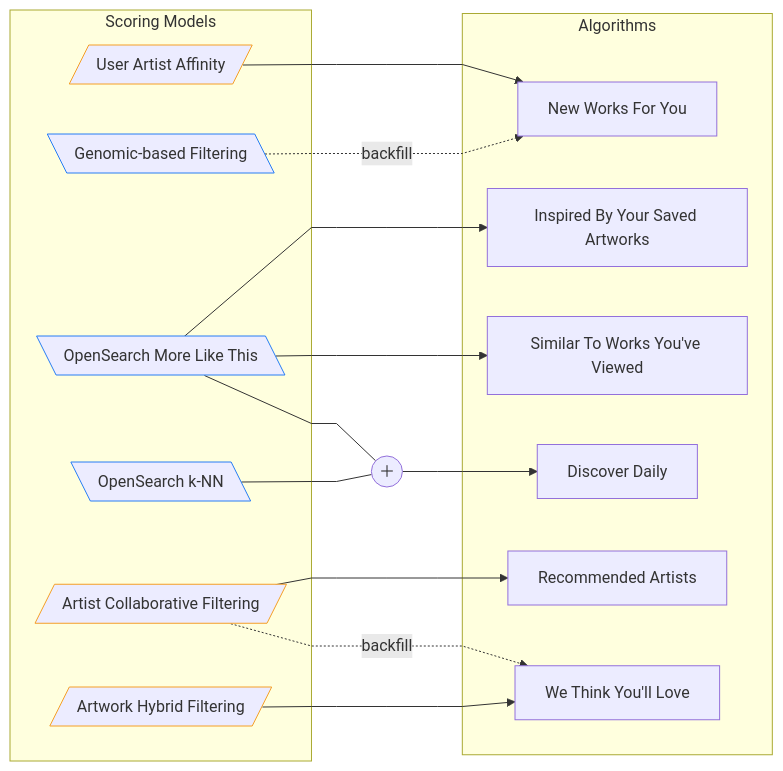
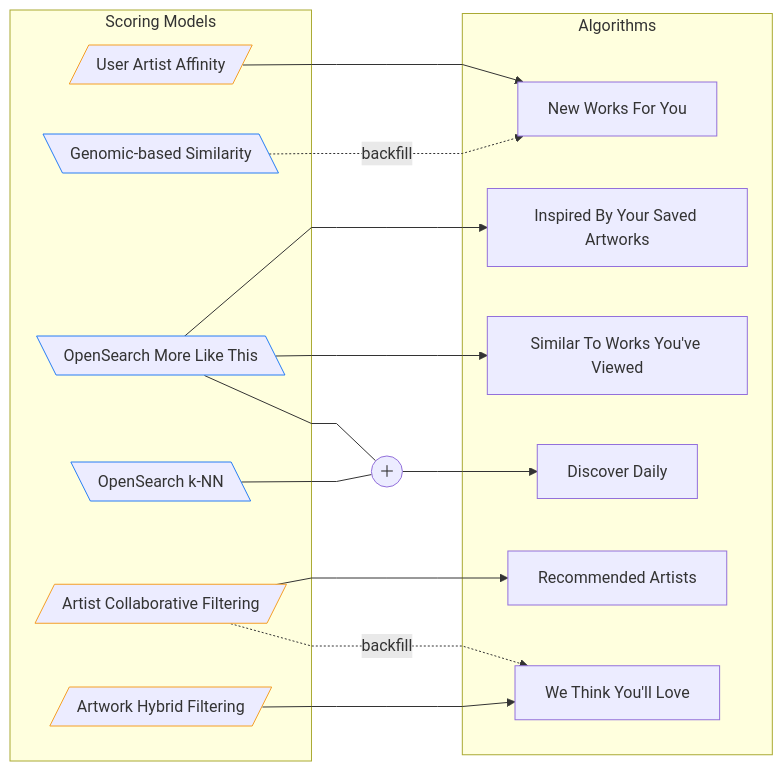
Before and after one commit to artsy/README: the first of 2 diagrams in systems/recommendations.md, drawn with Mermaid. The commit also changed other lines of this file and 5 other files, not shown here.

````diff
--- a/systems/recommendations.md
+++ b/systems/recommendations.md
@@ -47,35 +49,35 @@
 ```mermaid
 %%{ init: { 'flowchart': { 'curve': 'linear' } } }%%
 flowchart LR
     subgraph Models [Scoring Models]
         M1[/User Artist Affinity/]:::user
-        M2[\Genomic-based Filtering\]:::item
+        M2[\Genomic-based Similarity\]:::item
         M3[\OpenSearch More Like This\]:::item
         M4[\OpenSearch k-NN\]:::item
         M5[/Artist Collaborative Filtering/]:::user
         M6[/Artwork Hybrid Filtering/]:::user
     end
 
     subgraph Algos [Algorithms]
         A1[New Works For You]
         A5[Inspired By Your Saved Artworks]
         A4[Similar To Works You've Viewed]
         A2[Discover Daily]
         A3[Recommended Artists]
         A6[We Think You'll Love]
     end
 
     M1 --> A1
     M2 -.->|backfill| A1
     M3 --- M3+M4((＋))
     M4 --- M3+M4
     M3+M4 --> A2
     M3 --> A5
     M3 --> A4
     M5 --> A3
     M5 -.->|backfill| A6
     M6 --> A6
     
 classDef user stroke:#F59F27
 classDef item stroke:#277DF5
 ```
````
